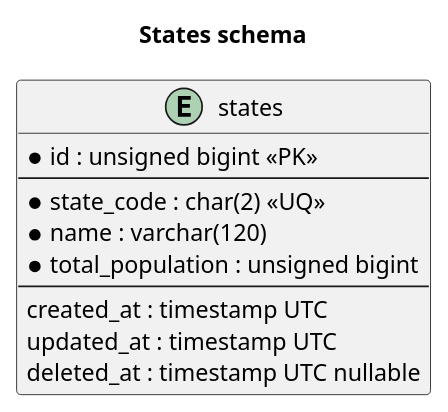
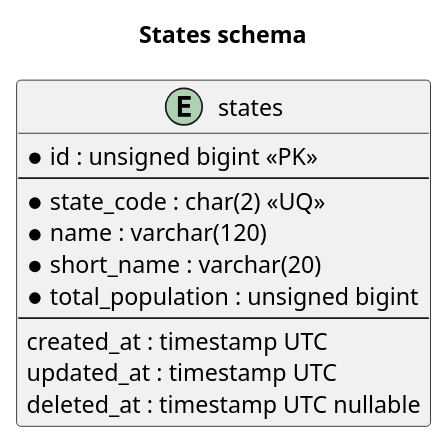
One commit to gdpe-franco/geostatistical-keys changed the second of 5 diagrams in docs/architecture.md. Above: the diagram before and after it, drawn with PlantUML. The commit also changed other lines of this file and 13 other files, not shown here.

````diff
--- a/docs/architecture.md
+++ b/docs/architecture.md
@@ -25,16 +25,17 @@
 ```plantuml
 @startuml
 title States schema
 entity states {
   * id : unsigned bigint <<PK>>
   --
   * state_code : char(2) <<UQ>>
   * name : varchar(120)
+  * short_name : varchar(20)
   * total_population : unsigned bigint
   --
   created_at : timestamp UTC
   updated_at : timestamp UTC
   deleted_at : timestamp UTC nullable
 }
 @enduml
 ```
````
